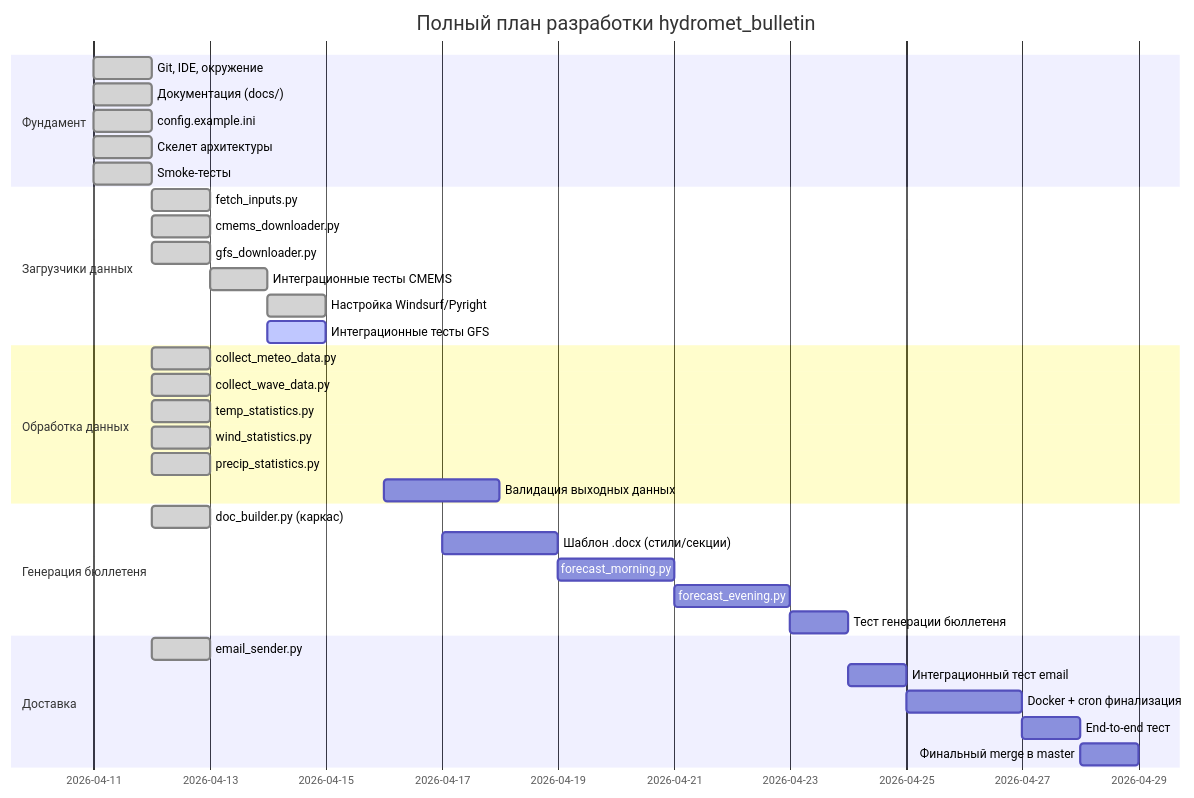
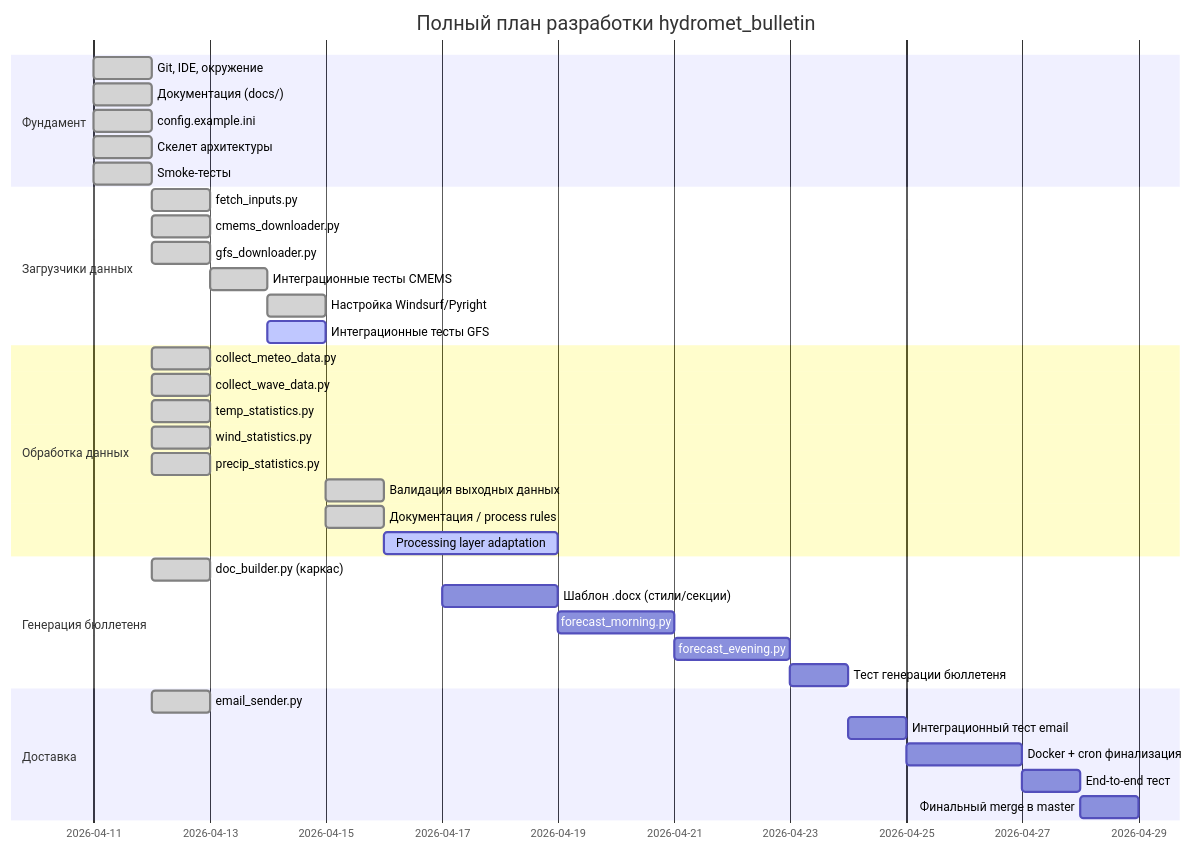
One commit to zubkovfpk/hydromet_bulletin changed the first of 2 diagrams in docs/project_progress.md. Above: the diagram before and after it, drawn with Mermaid. The commit also changed other lines of this file, not shown here.

Commit message:
docs: update project_progress after session 6 — validate_outputs v1 done

````diff
--- a/docs/project_progress.md
+++ b/docs/project_progress.md
@@ -5,37 +5,39 @@
 ```mermaid
 gantt
     title Полный план разработки hydromet_bulletin
     dateFormat YYYY-MM-DD
     section Фундамент
     Git, IDE, окружение          :done, 2026-04-11, 1d
     Документация (docs/)         :done, 2026-04-11, 1d
     config.example.ini           :done, 2026-04-11, 1d
     Скелет архитектуры           :done, 2026-04-11, 1d
     Smoke-тесты                  :done, 2026-04-11, 1d
     section Загрузчики данных
     fetch_inputs.py              :done, 2026-04-12, 1d
     cmems_downloader.py          :done, 2026-04-12, 1d
     gfs_downloader.py            :done, 2026-04-12, 1d
     Интеграционные тесты CMEMS   :done, 2026-04-13, 1d
     Настройка Windsurf/Pyright   :done, 2026-04-14, 1d
     Интеграционные тесты GFS     :active, 2026-04-14, 1d
     section Обработка данных
     collect_meteo_data.py        :done, 2026-04-12, 1d
     collect_wave_data.py         :done, 2026-04-12, 1d
     temp_statistics.py           :done, 2026-04-12, 1d
     wind_statistics.py           :done, 2026-04-12, 1d
     precip_statistics.py         :done, 2026-04-12, 1d
-    Валидация выходных данных    :2026-04-16, 2d
+    Валидация выходных данных    :done, 2026-04-15, 1d
+    Документация / process rules :done, 2026-04-15, 1d
+    Processing layer adaptation  :active, 2026-04-16, 3d
     section Генерация бюллетеня
     doc_builder.py (каркас)      :done, 2026-04-12, 1d
     Шаблон .docx (стили/секции) :2026-04-17, 2d
     forecast_morning.py          :2026-04-19, 2d
     forecast_evening.py          :2026-04-21, 2d
     Тест генерации бюллетеня     :2026-04-23, 1d
     section Доставка
     email_sender.py              :done, 2026-04-12, 1d
     Интеграционный тест email    :2026-04-24, 1d
     Docker + cron финализация    :2026-04-25, 2d
     End-to-end тест              :2026-04-27, 1d
     Финальный merge в master     :2026-04-28, 1d
 ```
````
